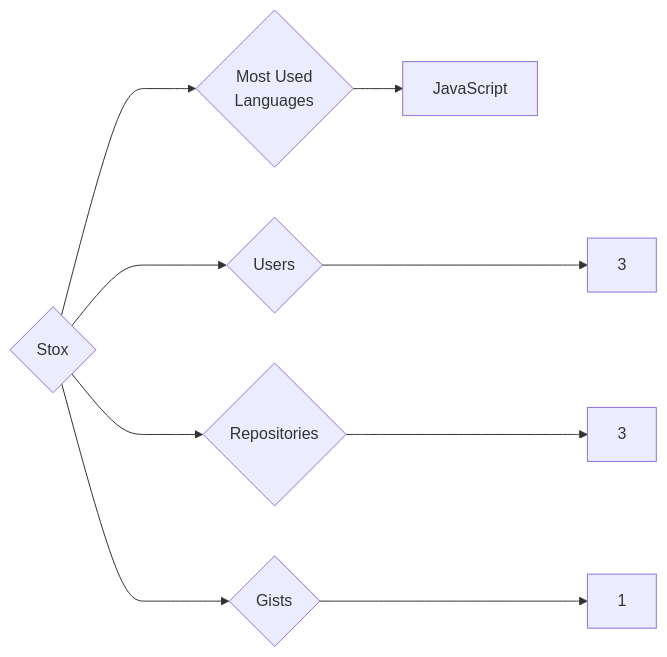
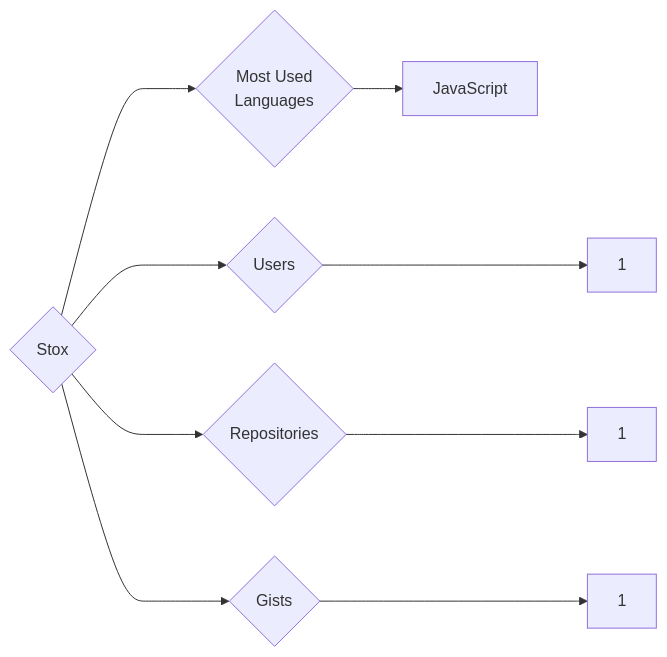
The diagram in targets/Stox/README.md (trickest/insiders), drawn with Mermaid before and after one commit. The commit also changed 1248 other files, not shown here.

````diff
--- a/targets/Stox/README.md
+++ b/targets/Stox/README.md
@@ -3,9 +3,9 @@
 ```mermaid
 graph LR
 COMPANY_NAME{Stox}
-COMPANY_NAME ---> U{Users} ---> UN[3]
-COMPANY_NAME ---> R{Repositories} ---> RN[3]
+COMPANY_NAME ---> U{Users} ---> UN[1]
+COMPANY_NAME ---> R{Repositories} ---> RN[1]
 COMPANY_NAME ---> G{Gists} ---> GN[1]
 COMPANY_NAME ---> ML{Most Used<br>Languages}
 ML --> JavaScript[JavaScript]
 ```
````
